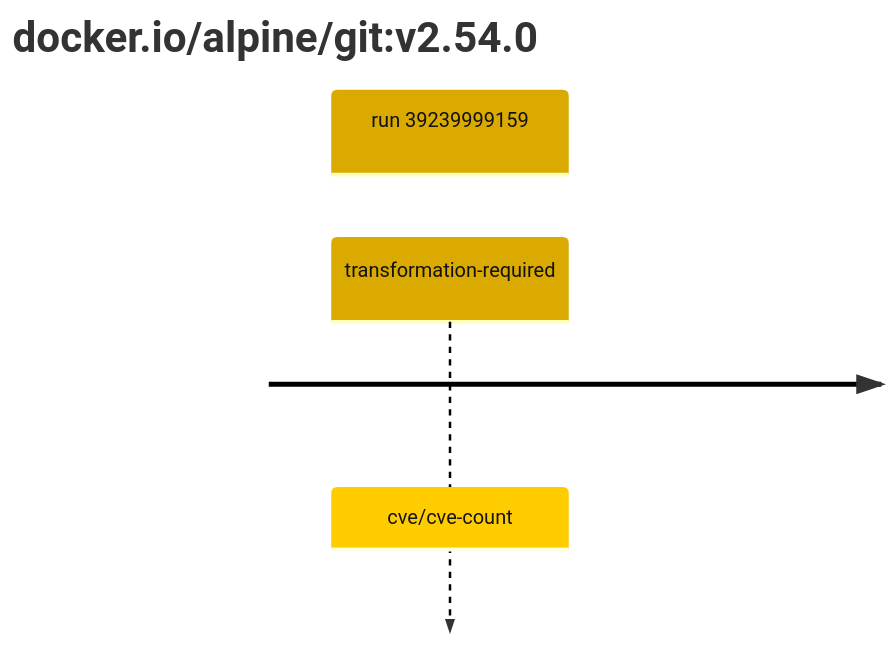
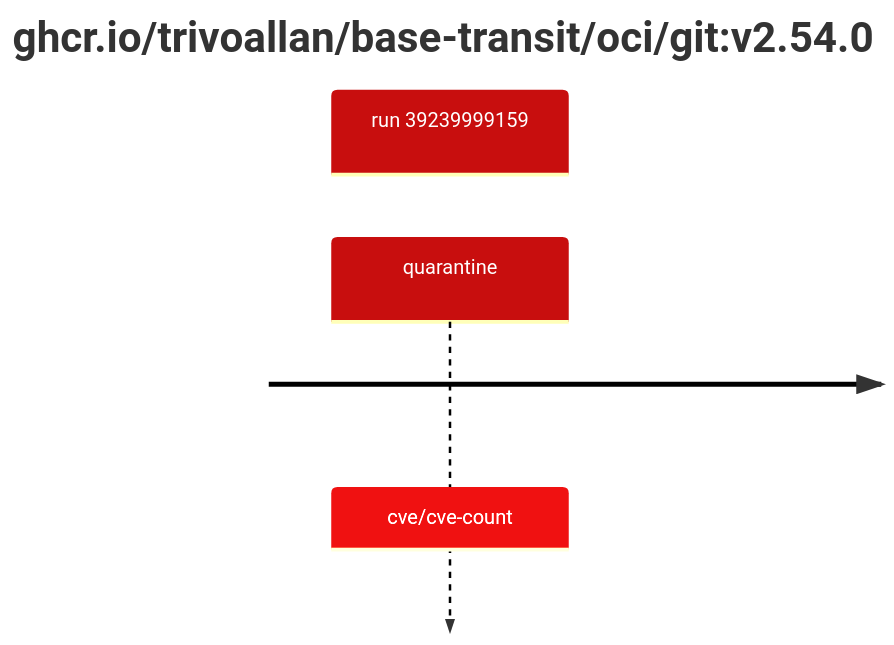
One commit to trivoallan/base-images changed the second of 2 diagrams in results/reports/git-2/sha256:03228d7ded483b0b3e55e1de7fa660d70d3e1bb432fa7021d29e192640de11aa/39239999159-1.md. Above: the diagram before and after it, drawn with Mermaid. The commit also changed other lines of this file and 3 other files, not shown here.

````diff
--- a/results/reports/git-2/sha256:03228d7ded483b0b3e55e1de7fa660d70d3e1bb432fa7021d29e192640de11aa/39239999159-1.md
+++ b/results/reports/git-2/sha256:03228d7ded483b0b3e55e1de7fa660d70d3e1bb432fa7021d29e192640de11aa/39239999159-1.md
@@ -5,7 +24,7 @@
 ```mermaid
-%%{init: {"theme": "default", "themeVariables": {"cScale0": "#daaa00", "cScaleLabel0": "#121212"}}}%%
+%%{init: {"theme": "default", "themeVariables": {"cScale0": "#c80e0e", "cScaleLabel0": "#ffffff"}}}%%
 timeline
-    title docker.io/alpine/git#58;v2.54.0
+    title ghcr.io/trivoallan/base-transit/oci/git#58;v2.54.0
     section run 39239999159
-        transformation-required : cve/cve-count
+        quarantine : cve/cve-count
 ```
````
